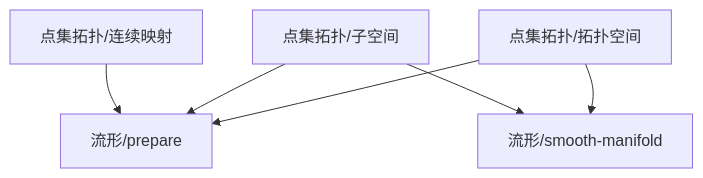
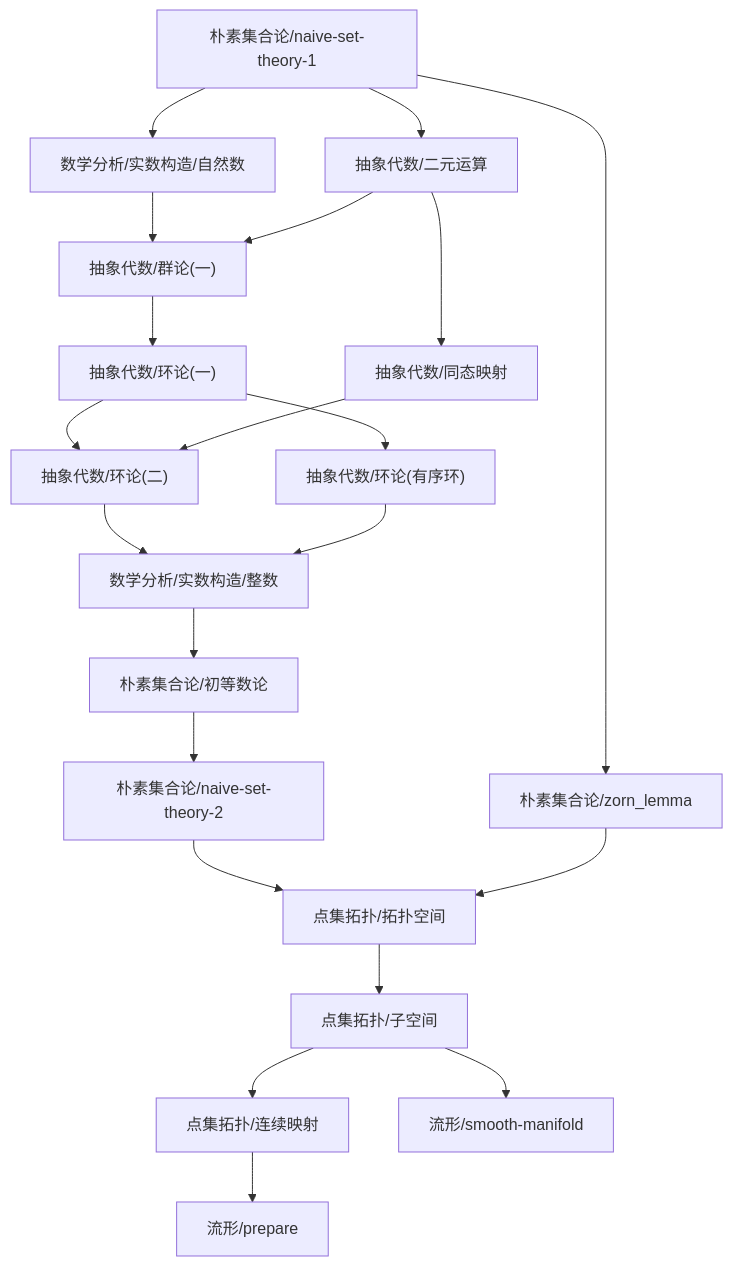
One commit to zeroDtree/zeroDtree.github.io changed the diagram in content/流形/dependency_graph.md. Above: the diagram before and after it, drawn with Mermaid. The commit also changed 86 other files, not shown here.

````diff
--- a/content/流形/dependency_graph.md
+++ b/content/流形/dependency_graph.md
@@ -1,8 +1,23 @@
 ```mermaid
 graph TD
-1["点集拓扑/拓扑空间"] --> 0["流形/prepare"]
-2["点集拓扑/子空间"] --> 0["流形/prepare"]
-3["点集拓扑/连续映射"] --> 0["流形/prepare"]
-1["点集拓扑/拓扑空间"] --> 4["流形/smooth-manifold"]
-2["点集拓扑/子空间"] --> 4["流形/smooth-manifold"]
+1["点集拓扑/连续映射"] --> 0["流形/prepare"]
+3["点集拓扑/子空间"] --> 2["流形/smooth-manifold"]
+5["点集拓扑/拓扑空间"] --> 3["点集拓扑/子空间"]
+6["朴素集合论/naive-set-theory-2"] --> 5["点集拓扑/拓扑空间"]
+7["朴素集合论/zorn_lemma"] --> 5["点集拓扑/拓扑空间"]
+8["朴素集合论/初等数论"] --> 6["朴素集合论/naive-set-theory-2"]
+9["朴素集合论/naive-set-theory-1"] --> 7["朴素集合论/zorn_lemma"]
+10["数学分析/实数构造/整数"] --> 8["朴素集合论/初等数论"]
+11["抽象代数/环论(二)"] --> 10["数学分析/实数构造/整数"]
+12["抽象代数/环论(有序环)"] --> 10["数学分析/实数构造/整数"]
+13["抽象代数/环论(一)"] --> 11["抽象代数/环论(二)"]
+14["抽象代数/同态映射"] --> 11["抽象代数/环论(二)"]
+13["抽象代数/环论(一)"] --> 12["抽象代数/环论(有序环)"]
+15["抽象代数/群论(一)"] --> 13["抽象代数/环论(一)"]
+16["数学分析/实数构造/自然数"] --> 15["抽象代数/群论(一)"]
+17["抽象代数/二元运算"] --> 15["抽象代数/群论(一)"]
+9["朴素集合论/naive-set-theory-1"] --> 16["数学分析/实数构造/自然数"]
+9["朴素集合论/naive-set-theory-1"] --> 17["抽象代数/二元运算"]
+17["抽象代数/二元运算"] --> 14["抽象代数/同态映射"]
+3["点集拓扑/子空间"] --> 1["点集拓扑/连续映射"]
 ```
````
